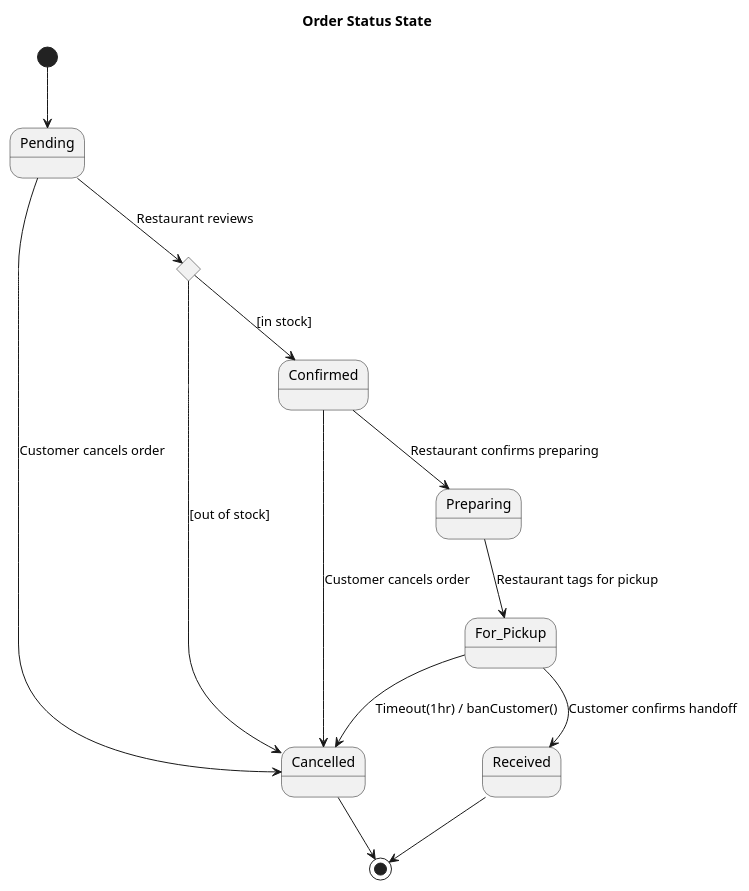
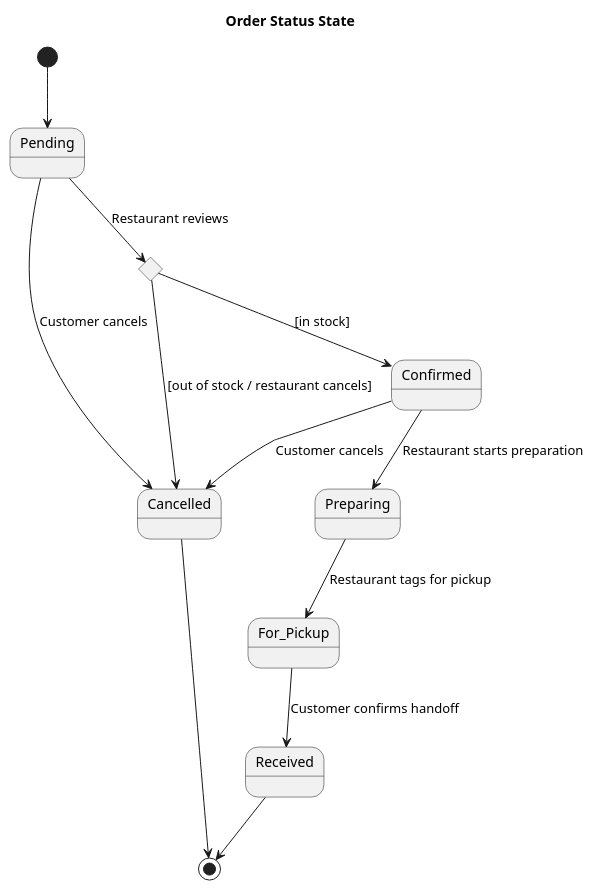
Before and after one commit to rvmchua/ordertaker: the diagram in docs/uml/State Diagram.puml, drawn with PlantUML. The commit also changed 35 other files, not shown here.

```diff
--- a/docs/uml/State Diagram.puml
+++ b/docs/uml/State Diagram.puml
@@ -1,19 +1,18 @@
 @startuml
 title Order Status State
 
 [*] --> Pending
 state choicePoint <<choice>>
 Pending --> choicePoint : Restaurant reviews
 choicePoint --> Confirmed : [in stock]
-choicePoint --> Cancelled : [out of stock]
+choicePoint --> Cancelled : [out of stock / restaurant cancels]
 
-Pending --> Cancelled : Customer cancels order
-Confirmed --> Preparing : Restaurant confirms preparing
-Confirmed --> Cancelled : Customer cancels order
+Pending --> Cancelled : Customer cancels
+Confirmed --> Cancelled : Customer cancels
+Confirmed --> Preparing : Restaurant starts preparation
 Preparing --> For_Pickup : Restaurant tags for pickup
-For_Pickup --> Cancelled : Timeout(1hr) / banCustomer()
 For_Pickup --> Received : Customer confirms handoff
 
 Received --> [*]
 Cancelled --> [*]
 @enduml
```
